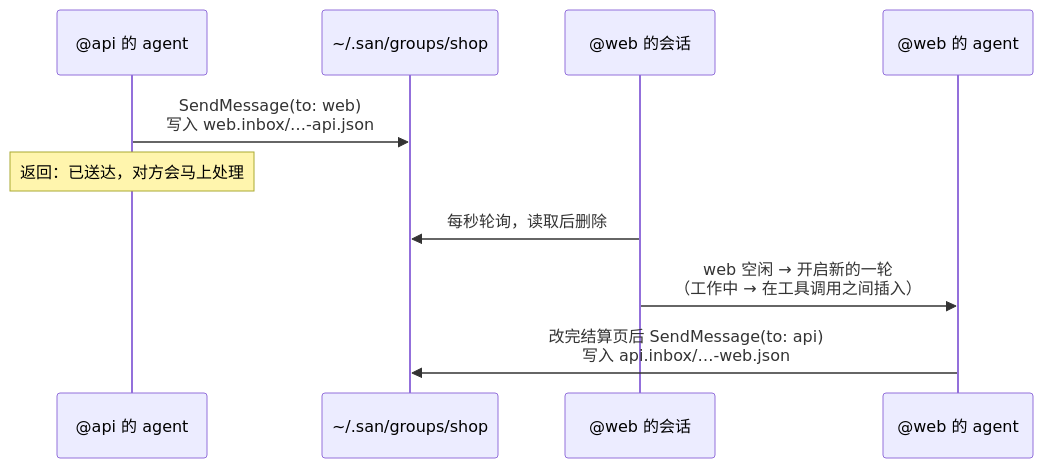
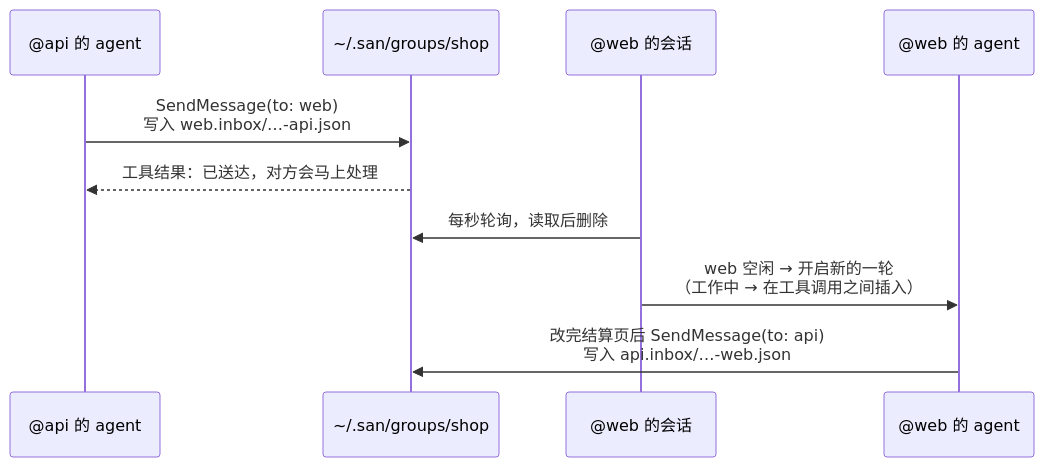
Before and after one commit to genai-io/san: the first of 5 diagrams in docs/design/proposals/0003-session-groups.zh.md, drawn with Mermaid. The commit also changed other lines of this file and 1 other file, not shown here.

````diff
--- a/docs/design/proposals/0003-session-groups.zh.md
+++ b/docs/design/proposals/0003-session-groups.zh.md
@@ -116,12 +117,12 @@
 ```mermaid
 sequenceDiagram
     participant A as @api 的 agent
     participant FS as ~/.san/groups/shop
     participant W as @web 的会话
     participant WA as @web 的 agent
     A->>FS: SendMessage(to: web)<br/>写入 web.inbox/…-api.json
-    Note over A: 返回：已送达，对方会马上处理
+    FS-->>A: 工具结果：已送达，对方会马上处理
     W->>FS: 每秒轮询，读取后删除
     W->>WA: web 空闲 → 开启新的一轮<br/>（工作中 → 在工具调用之间插入）
     WA->>FS: 改完结算页后 SendMessage(to: api)<br/>写入 api.inbox/…-web.json
 ```
````
